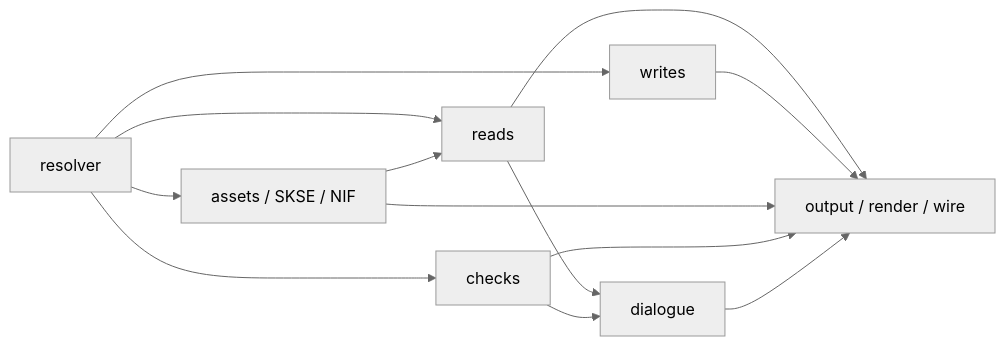
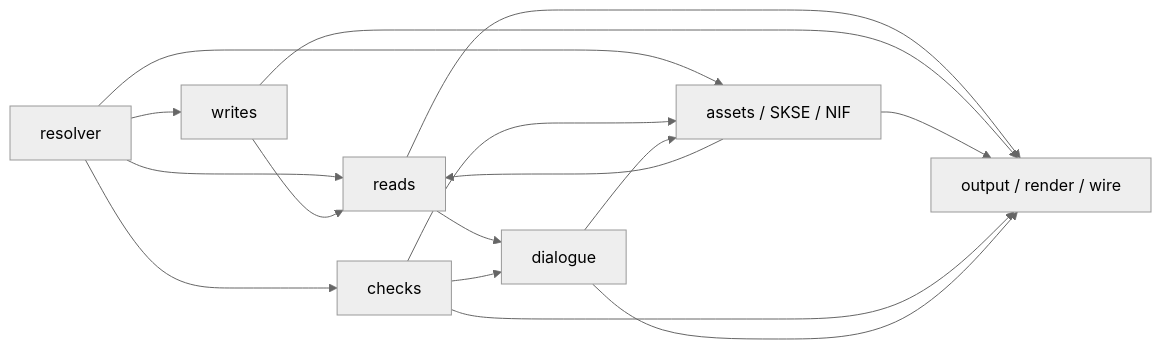
One commit to Avick3110/houseCARL changed the diagram in docs/README.md. Above: the diagram before and after it, drawn with Mermaid (neutral theme). The commit also changed other lines of this file, not shown here.

Commit message:
Fold the review: three more arrows, one grouping rule

````diff
--- a/docs/README.md
+++ b/docs/README.md
@@ -10,15 +10,18 @@
 ```mermaid
 flowchart LR
   R[resolver] --> RD[reads]
   R --> W[writes]
   R --> A[assets / SKSE / NIF]
   R --> C[checks]
   A --> RD
+  W --> RD
   RD --> D[dialogue]
   C --> D
+  C --> A
+  D --> A
   RD --> O[output / render / wire]
   W --> O
   A --> O
   C --> O
   D --> O
 ```
````
